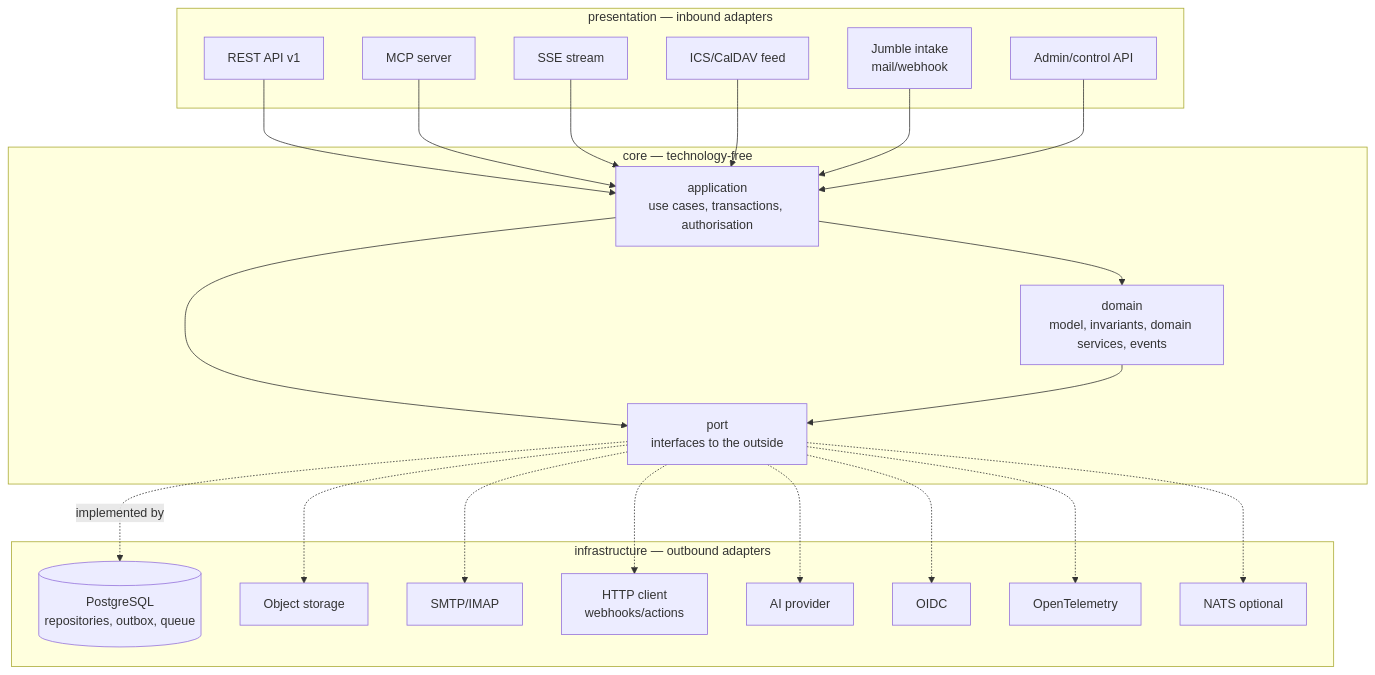
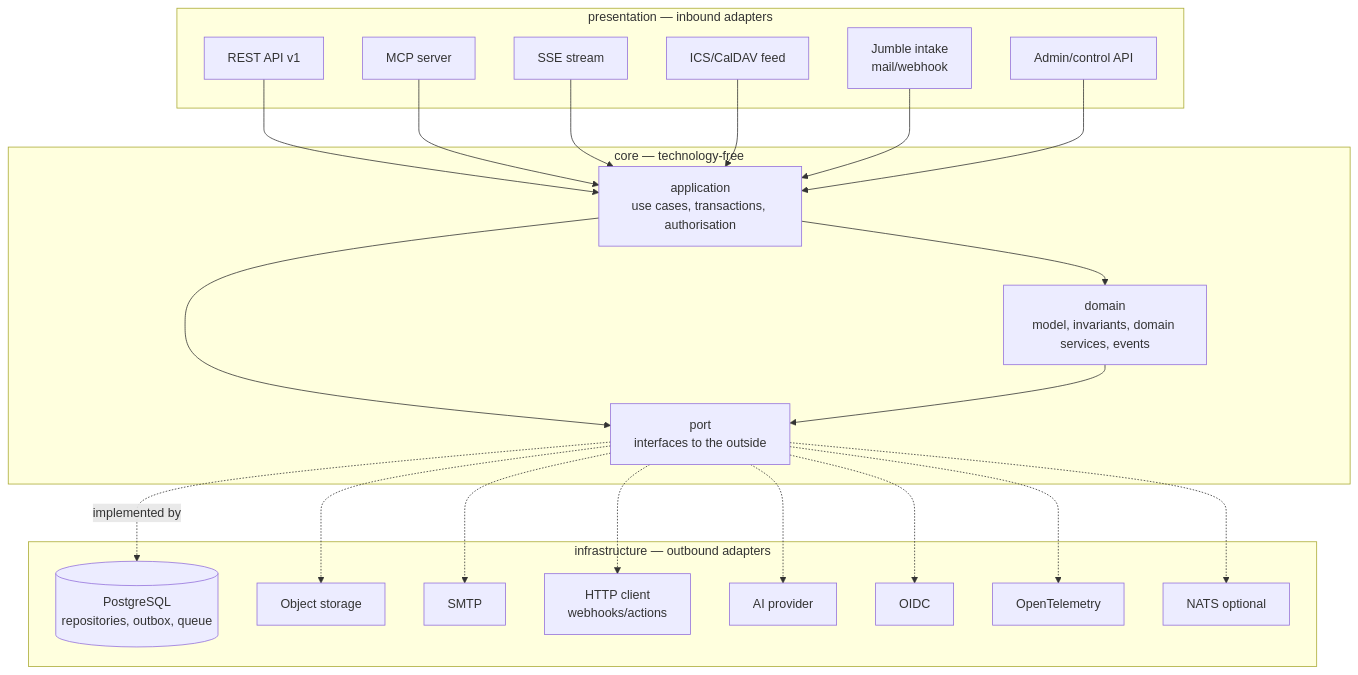
One commit to Jersyfi/hubtask changed the second of 7 diagrams in docs/architecture/arc42.md. Above: the diagram before and after it, drawn with Mermaid. The commit also changed other lines of this file and 6 other files, not shown here.

````diff
--- a/docs/architecture/arc42.md
+++ b/docs/architecture/arc42.md
@@ -255,46 +255,46 @@
 ```mermaid
 graph TB
   subgraph P[presentation — inbound adapters]
     REST[REST API v1]
     MCP[MCP server]
     SSE[SSE stream]
     ICS[ICS/CalDAV feed]
     INTAKE[Jumble intake<br/>mail/webhook]
     ADMINAPI[Admin/control API]
   end
 
   subgraph CORE[core — technology-free]
     APP[application<br/>use cases, transactions, authorisation]
     DOM[domain<br/>model, invariants, domain services, events]
     PORTS[port<br/>interfaces to the outside]
   end
 
   subgraph INF[infrastructure — outbound adapters]
     PG[(PostgreSQL<br/>repositories, outbox, queue)]
     OBJ[Object storage]
-    MAILA[SMTP/IMAP]
+    MAILA[SMTP]
     HTTPA[HTTP client<br/>webhooks/actions]
     AIA[AI provider]
     IDPA[OIDC]
     OTEL[OpenTelemetry]
     BUS[NATS optional]
   end
 
   REST --> APP
   MCP --> APP
   SSE --> APP
   ICS --> APP
   INTAKE --> APP
   ADMINAPI --> APP
   APP --> DOM
   APP --> PORTS
   DOM --> PORTS
   PORTS -.implemented by.-> PG
   PORTS -.-> OBJ
   PORTS -.-> MAILA
   PORTS -.-> HTTPA
   PORTS -.-> AIA
   PORTS -.-> IDPA
   PORTS -.-> OTEL
   PORTS -.-> BUS
 ```
````
